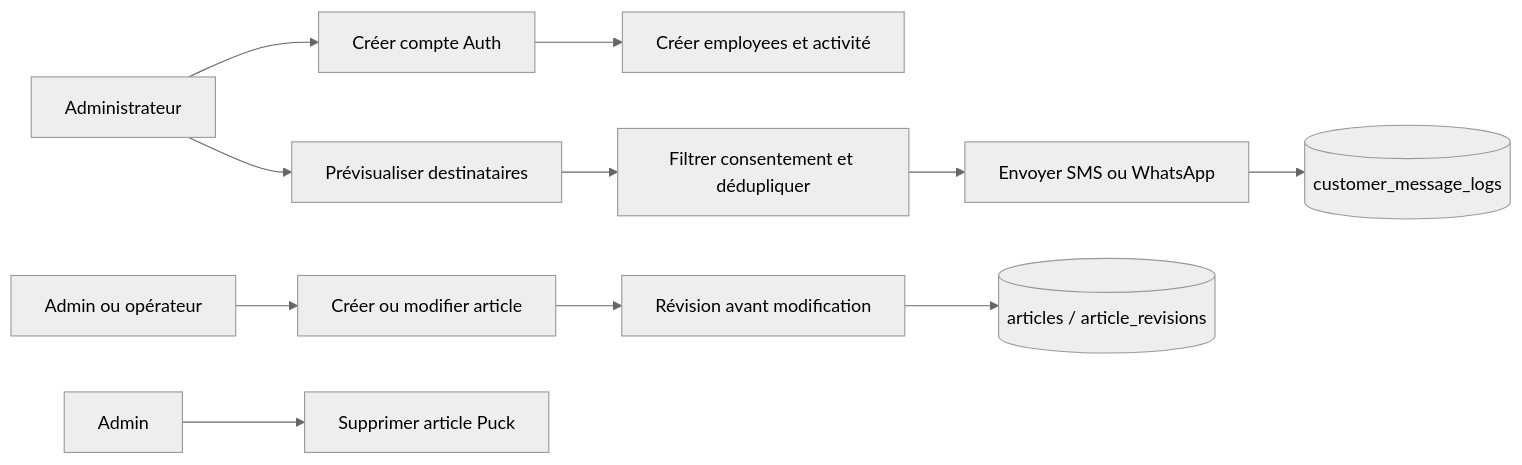
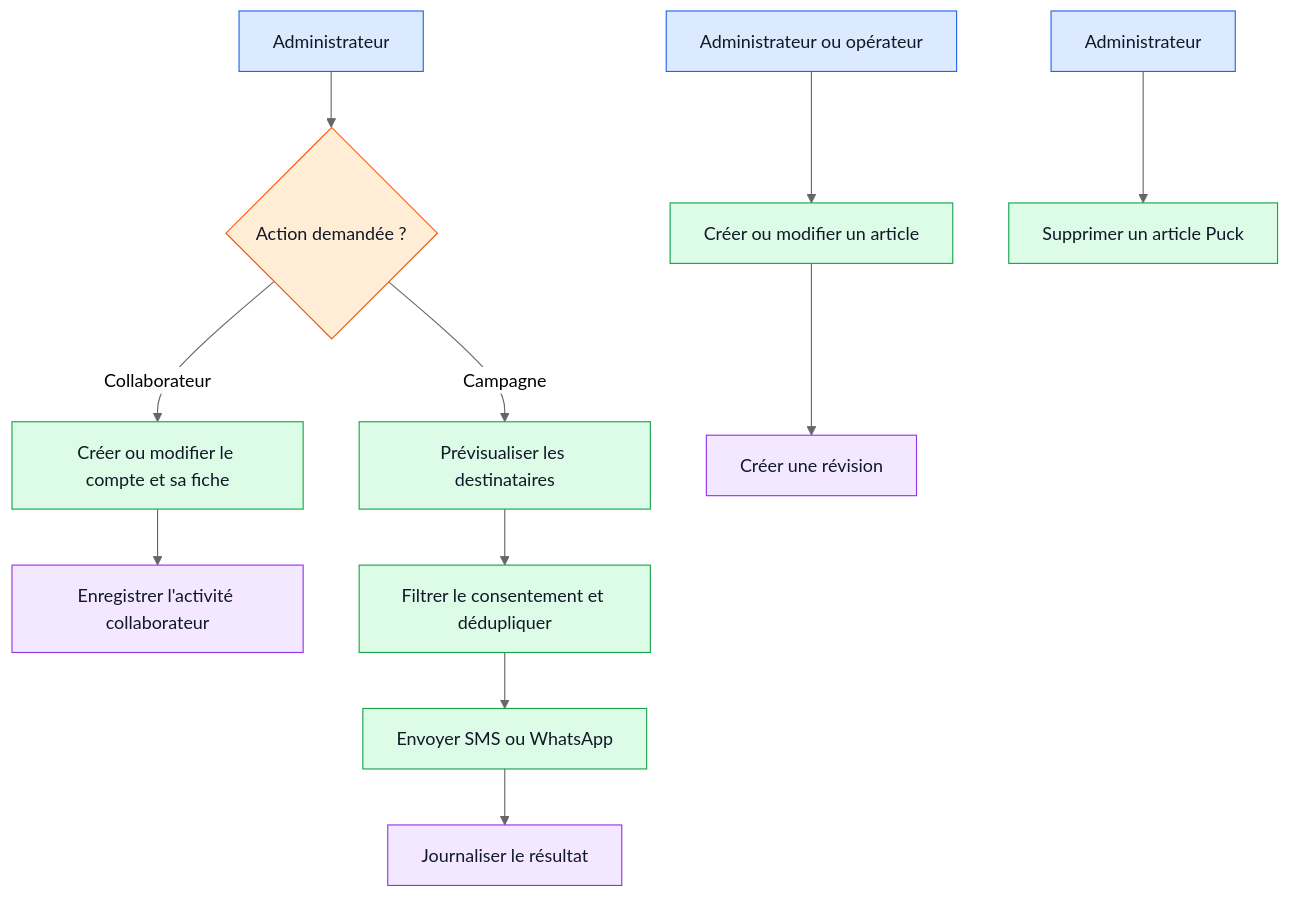
Before and after one commit to LordVERTON/danemo-website: the second of 2 diagrams in docs/workflows/07-collaborateurs-messagerie-et-blog.md, drawn with Mermaid (neutral theme). The commit also changed other lines of this file and 8 other files, not shown here.

Commit message:
docs(workflows): add sequence and simplified diagrams

````diff
--- a/docs/workflows/07-collaborateurs-messagerie-et-blog.md
+++ b/docs/workflows/07-collaborateurs-messagerie-et-blog.md
@@ -33,13 +57,22 @@
 ```mermaid
-flowchart LR
-  A[Administrateur] --> B[Créer compte Auth]
-  B --> C[Créer employees et activité]
-  A --> D[Prévisualiser destinataires]
-  D --> E[Filtrer consentement et dédupliquer]
-  E --> F[Envoyer SMS ou WhatsApp]
-  F --> G[(customer_message_logs)]
-  H[Admin ou opérateur] --> I[Créer ou modifier article]
-  I --> J[Révision avant modification]
-  J --> K[(articles / article_revisions)]
-  L[Admin] --> M[Supprimer article Puck]
+flowchart TD
+  A[Administrateur] --> B{Action demandée ?}
+  B -- Collaborateur --> C[Créer ou modifier le compte et sa fiche]
+  C --> D[Enregistrer l'activité collaborateur]
+  B -- Campagne --> E[Prévisualiser les destinataires]
+  E --> F[Filtrer le consentement et dédupliquer]
+  F --> G[Envoyer SMS ou WhatsApp]
+  G --> H[Journaliser le résultat]
+  I[Administrateur ou opérateur] --> J[Créer ou modifier un article]
+  J --> K[Créer une révision]
+  L[Administrateur] --> M[Supprimer un article Puck]
+
+  classDef actor fill:#dbeafe,stroke:#2563eb,color:#111827;
+  classDef control fill:#ffedd5,stroke:#ea580c,color:#111827;
+  classDef action fill:#dcfce7,stroke:#16a34a,color:#111827;
+  classDef result fill:#f3e8ff,stroke:#9333ea,color:#111827;
+  class A,I,L actor;
+  class B control;
+  class C,E,F,G,J,M action;
+  class D,H,K result;
 ```
````
